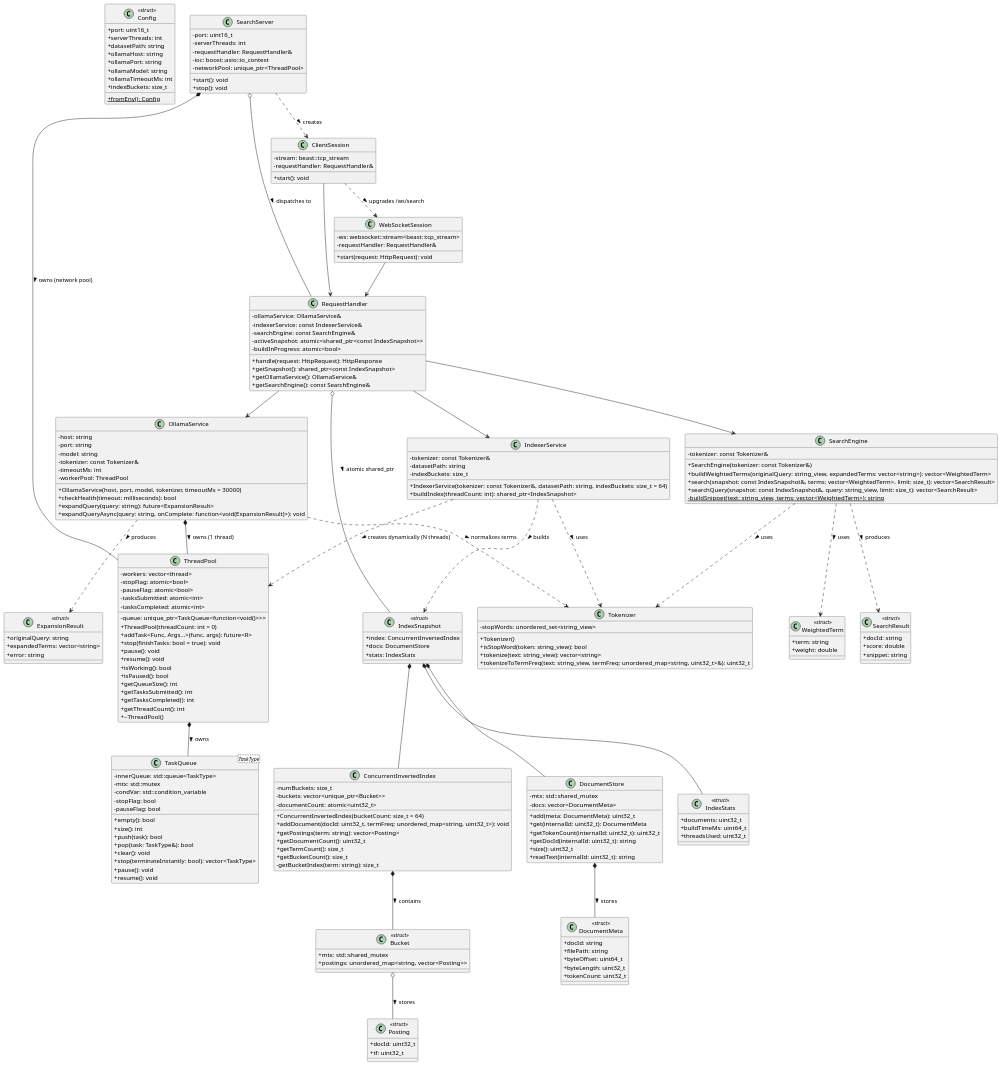
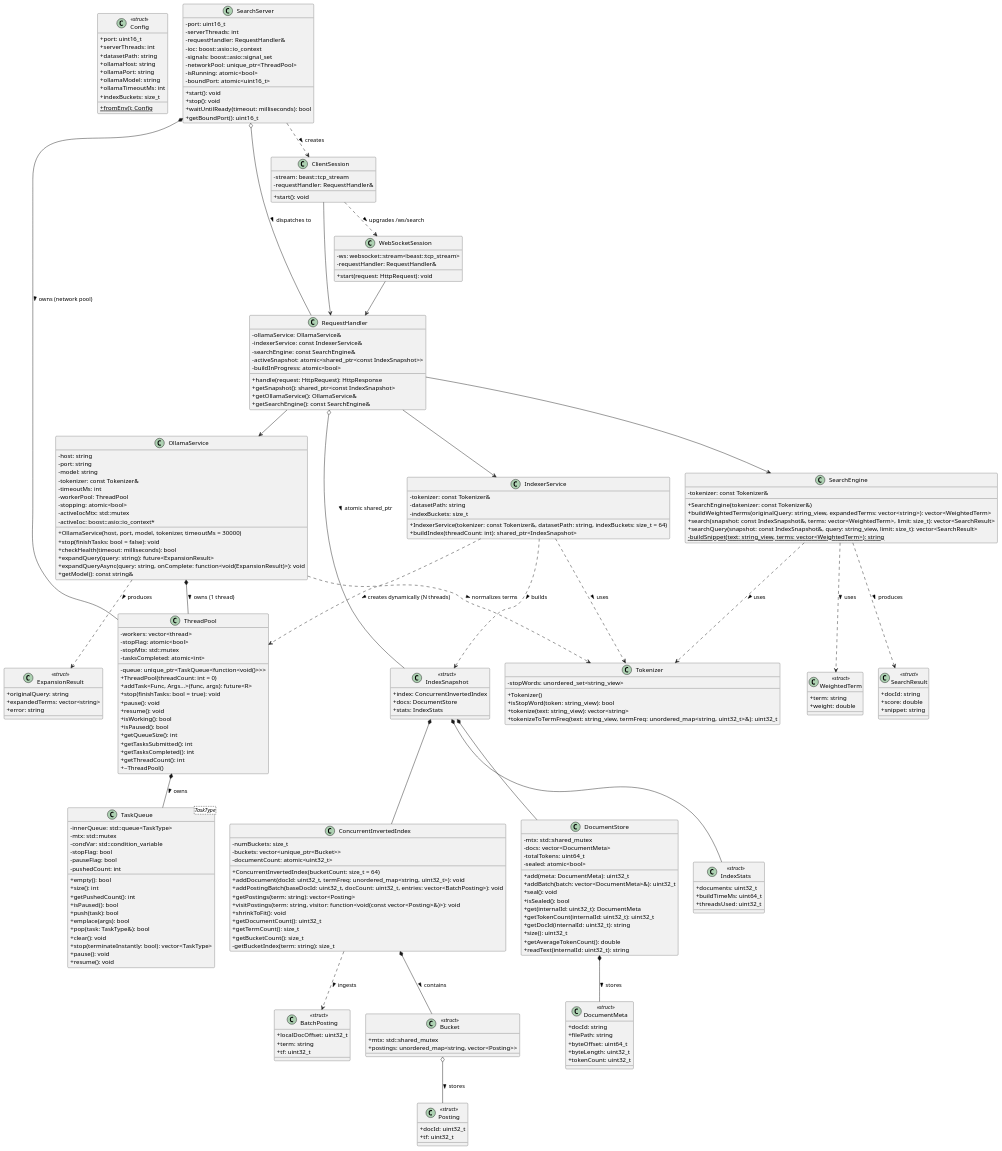
The diagram in docs/diagrams/md/uml_class_diagram.md (fannulain/Concurrent-Search-Engine), drawn with PlantUML before and after one commit. The commit also changed 11 other files, not shown here.

Commit message:
docs: sync UML class and sequence diagrams with final implementation

```diff
--- a/docs/diagrams/md/uml_class_diagram.md
+++ b/docs/diagrams/md/uml_class_diagram.md
@@ -19,9 +19,13 @@
   - condVar: std::condition_variable
   - stopFlag: bool
   - pauseFlag: bool
+  - pushedCount: int
   + empty(): bool
   + size(): int
+  + getPushedCount(): int
+  + isPaused(): bool
   + push(task): bool
+  + emplace(args): bool
   + pop(task: TaskType&): bool
   + clear(): void
   + stop(terminateInstantly: bool): vector<TaskType>
@@ -33,8 +37,7 @@
   - queue: unique_ptr<TaskQueue<function<void()>>>
   - workers: vector<thread>
   - stopFlag: atomic<bool>
-  - pauseFlag: atomic<bool>
-  - tasksSubmitted: atomic<int>
+  - stopMtx: std::mutex
   - tasksCompleted: atomic<int>
   + ThreadPool(threadCount: int = 0)
   + addTask<Func, Args...>(func, args): future<R>
@@ -63,6 +66,12 @@
   + tf: uint32_t
 }
 
+class BatchPosting <<struct>> {
+  + localDocOffset: uint32_t
+  + term: string
+  + tf: uint32_t
+}
+
 class Bucket <<struct>> {
   + mtx: std::shared_mutex
   + postings: unordered_map<string, vector<Posting>>
@@ -74,7 +83,10 @@
   - documentCount: atomic<uint32_t>
   + ConcurrentInvertedIndex(bucketCount: size_t = 64)
   + addDocument(docId: uint32_t, termFreq: unordered_map<string, uint32_t>): void
+  + addPostingBatch(baseDocId: uint32_t, docCount: uint32_t, entries: vector<BatchPosting>): void
   + getPostings(term: string): vector<Posting>
+  + visitPostings(term: string, visitor: function<void(const vector<Posting>&)>): void
+  + shrinkToFit(): void
   + getDocumentCount(): uint32_t
   + getTermCount(): size_t
   + getBucketCount(): size_t
@@ -92,11 +104,17 @@
 class DocumentStore {
   - mtx: std::shared_mutex
   - docs: vector<DocumentMeta>
+  - totalTokens: uint64_t
+  - sealed: atomic<bool>
   + add(meta: DocumentMeta): uint32_t
+  + addBatch(batch: vector<DocumentMeta>&): uint32_t
+  + seal(): void
+  + isSealed(): bool
   + get(internalId: uint32_t): DocumentMeta
   + getTokenCount(internalId: uint32_t): uint32_t
   + getDocId(internalId: uint32_t): string
   + size(): uint32_t
+  + getAverageTokenCount(): double
   + readText(internalId: uint32_t): string
 }
 
@@ -153,10 +171,15 @@
   - tokenizer: const Tokenizer&
   - timeoutMs: int
   - workerPool: ThreadPool
+  - stopping: atomic<bool>
+  - activeIocMtx: std::mutex
+  - activeIoc: boost::asio::io_context*
   + OllamaService(host, port, model, tokenizer, timeoutMs = 30000)
+  + stop(finishTasks: bool = false): void
   + checkHealth(timeout: milliseconds): bool
   + expandQuery(query: string): future<ExpansionResult>
   + expandQueryAsync(query: string, onComplete: function<void(ExpansionResult)>): void
+  + getModel(): const string&
 }
 
 class RequestHandler {
@@ -188,13 +211,19 @@
   - serverThreads: int
   - requestHandler: RequestHandler&
   - ioc: boost::asio::io_context
+  - signals: boost::asio::signal_set
   - networkPool: unique_ptr<ThreadPool>
+  - isRunning: atomic<bool>
+  - boundPort: atomic<uint16_t>
   + start(): void
   + stop(): void
+  + waitUntilReady(timeout: milliseconds): bool
+  + getBoundPort(): uint16_t
 }
 
 ThreadPool *-- TaskQueue : owns >
 ConcurrentInvertedIndex *-- Bucket : contains >
+ConcurrentInvertedIndex ..> BatchPosting : ingests >
 Bucket o-- Posting : stores >
 DocumentStore *-- DocumentMeta : stores >
 IndexSnapshot *-- ConcurrentInvertedIndex
```
